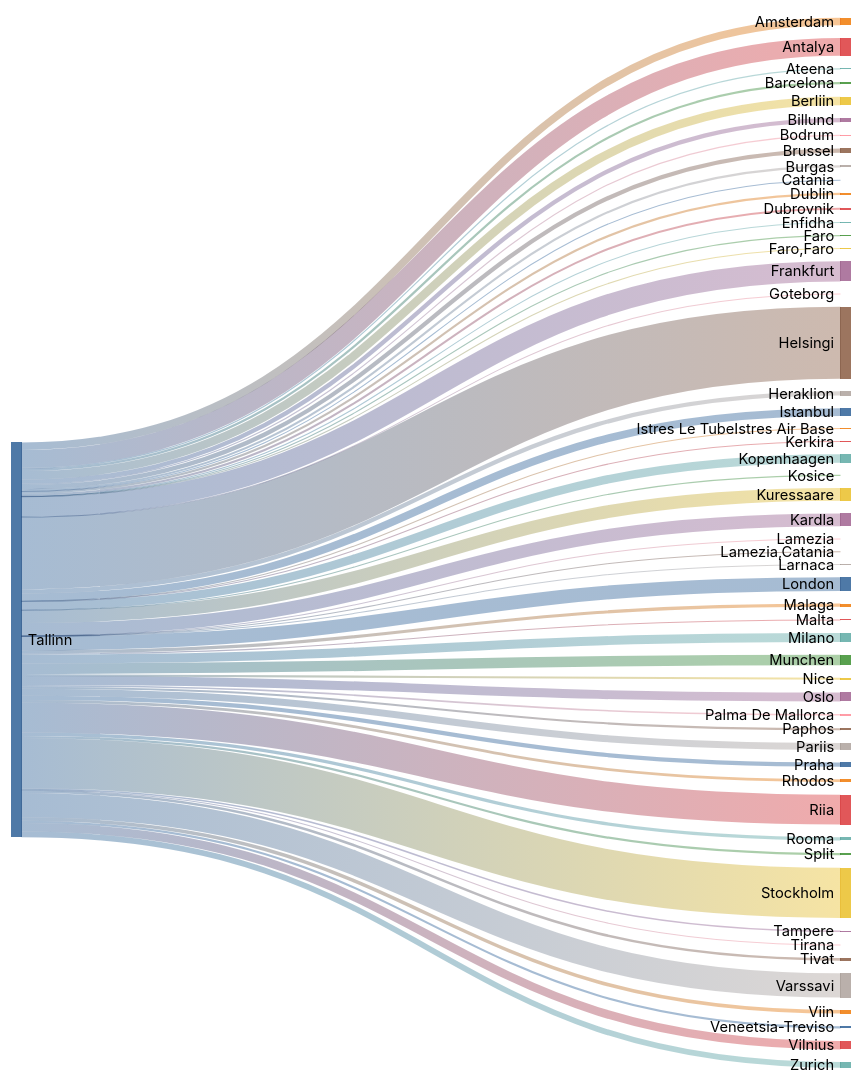
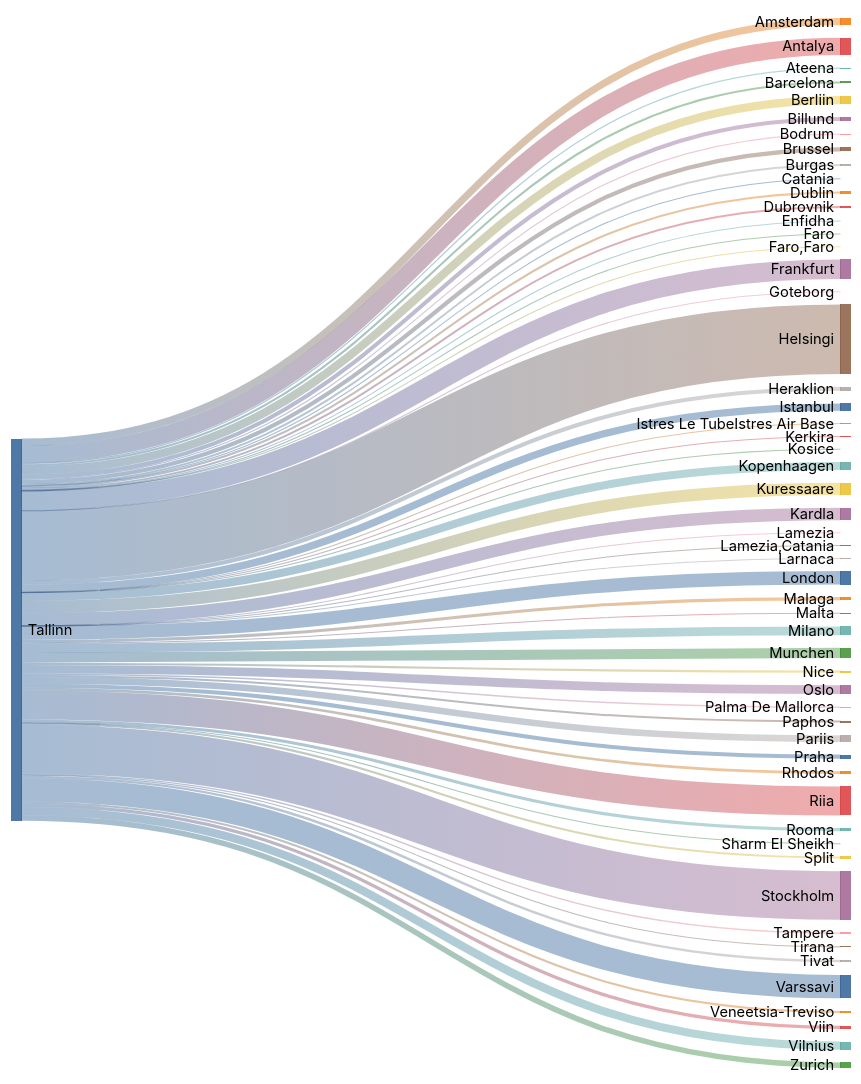
Before and after one commit to rainermesi/tll-airport-departures: the second of 2 diagrams in README.md, drawn with Mermaid (forest theme). The commit also changed other lines of this file, not shown here.

````diff
--- a/README.md
+++ b/README.md
@@ -34,66 +34,67 @@
 ```mermaid
 ---
 config:
   sankey:
     showValues: false
     width: 800
     height: 1000
 ---
 sankey-beta
 %% source,target,value
-Tallinn,Amsterdam,75
-Tallinn,Antalya,179
-Tallinn,Ateena,12
+Tallinn,Amsterdam,76
+Tallinn,Antalya,181
+Tallinn,Ateena,13
 Tallinn,Barcelona,22
-Tallinn,Berliin,85
+Tallinn,Berliin,87
 Tallinn,Billund,43
 Tallinn,Bodrum,11
-Tallinn,Brussel,43
+Tallinn,Brussel,44
 Tallinn,Burgas,21
 Tallinn,Catania,2
 Tallinn,Dublin,22
 Tallinn,Dubrovnik,21
 Tallinn,Enfidha,5
 Tallinn,Faro,4
 Tallinn,"Faro,Faro",1
-Tallinn,Frankfurt,204
+Tallinn,Frankfurt,207
 Tallinn,Goteborg,1
-Tallinn,Helsingi,724
-Tallinn,Heraklion,43
-Tallinn,Istanbul,77
+Tallinn,Helsingi,734
+Tallinn,Heraklion,44
+Tallinn,Istanbul,78
 Tallinn,Istres Le TubeIstres Air Base,2
 Tallinn,Kerkira,4
-Tallinn,Kopenhaagen,85
+Tallinn,Kopenhaagen,86
 Tallinn,Kosice,1
-Tallinn,Kuressaare,129
-Tallinn,Kardla,129
+Tallinn,Kuressaare,131
+Tallinn,Kardla,131
 Tallinn,Lamezia,1
 Tallinn,"Lamezia,Catania",3
-Tallinn,Larnaca,1
-Tallinn,London,139
+Tallinn,Larnaca,2
+Tallinn,London,141
 Tallinn,Malaga,32
 Tallinn,Malta,11
-Tallinn,Milano,90
-Tallinn,Munchen,106
-Tallinn,Nice,21
-Tallinn,Oslo,90
+Tallinn,Milano,93
+Tallinn,Munchen,107
+Tallinn,Nice,22
+Tallinn,Oslo,91
 Tallinn,Palma De Mallorca,16
 Tallinn,Paphos,21
-Tallinn,Pariis,70
-Tallinn,Praha,42
+Tallinn,Pariis,71
+Tallinn,Praha,43
 Tallinn,Rhodos,28
-Tallinn,Riia,301
+Tallinn,Riia,305
 Tallinn,Rooma,33
+Tallinn,Sharm El Sheikh,1
 Tallinn,Split,22
-Tallinn,Stockholm,504
+Tallinn,Stockholm,513
 Tallinn,Tampere,15
 Tallinn,Tirana,8
 Tallinn,Tivat,26
-Tallinn,Varssavi,244
+Tallinn,Varssavi,247
 Tallinn,Veneetsia-Treviso,22
 Tallinn,Viin,35
-Tallinn,Vilnius,85
+Tallinn,Vilnius,87
 Tallinn,Zurich,58
 
 
 ```
````
